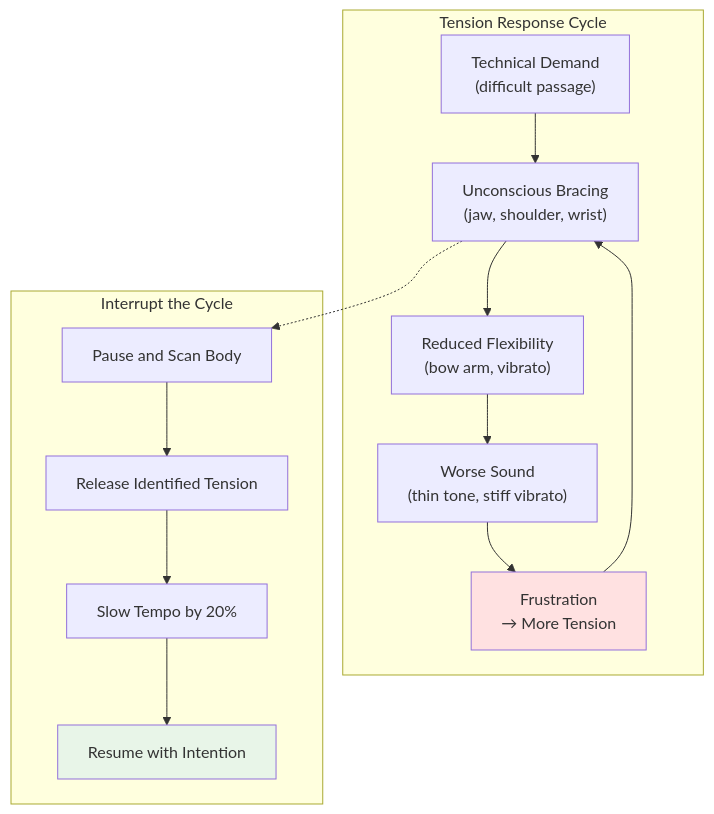
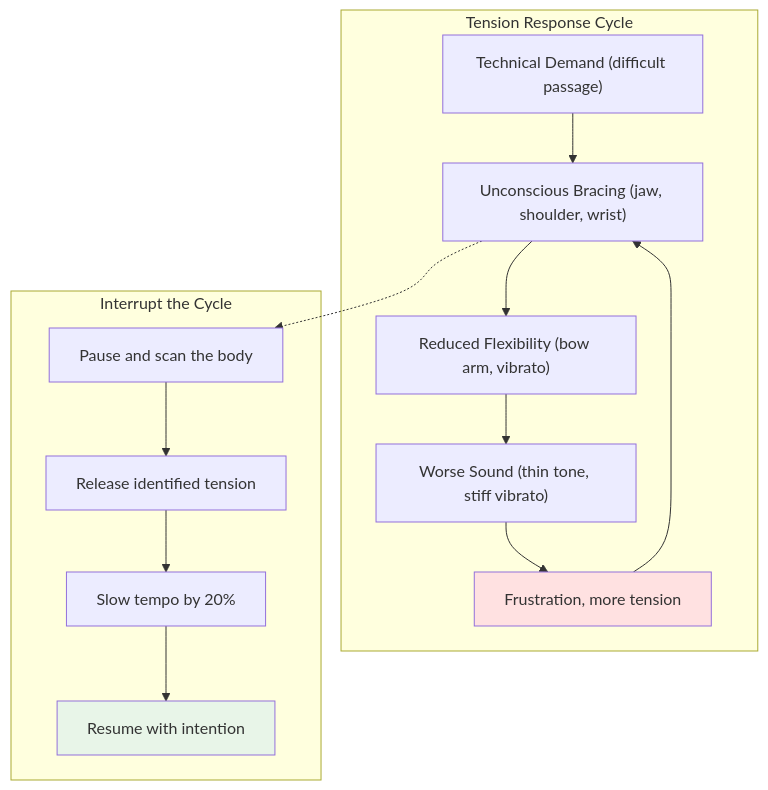
Before and after one commit to blebleblee/synapse: the seventh of 8 diagrams in topics/arts/music_performance/strings/lesson_01_string_techniques.md, drawn with Mermaid. The commit also changed other lines of this file and 4 other files, not shown here.

````diff
--- a/topics/arts/music_performance/strings/lesson_01_string_techniques.md
+++ b/topics/arts/music_performance/strings/lesson_01_string_techniques.md
@@ -709,25 +694,25 @@
 ```mermaid
 graph TD
     subgraph sub_tension ["Tension Response Cycle"]
-        A["Technical Demand<br/>(difficult passage)"]
-        B["Unconscious Bracing<br/>(jaw, shoulder, wrist)"]
-        C["Reduced Flexibility<br/>(bow arm, vibrato)"]
-        D["Worse Sound<br/>(thin tone, stiff vibrato)"]
-        E["Frustration<br/>→ More Tension"]
+        A["Technical Demand (difficult passage)"]
+        B["Unconscious Bracing (jaw, shoulder, wrist)"]
+        C["Reduced Flexibility (bow arm, vibrato)"]
+        D["Worse Sound (thin tone, stiff vibrato)"]
+        E["Frustration, more tension"]
     end
 
     subgraph sub_interrupt ["Interrupt the Cycle"]
-        I1["Pause and Scan Body"]
-        I2["Release Identified Tension"]
-        I3["Slow Tempo by 20%"]
-        I4["Resume with Intention"]
+        I1["Pause and scan the body"]
+        I2["Release identified tension"]
+        I3["Slow tempo by 20%"]
+        I4["Resume with intention"]
     end
 
     A --> B --> C --> D --> E --> B
 
     B -.-> I1
     I1 --> I2 --> I3 --> I4
 
     style E fill:#ffe1e1
     style I4 fill:#e8f5e8
 ```
````
